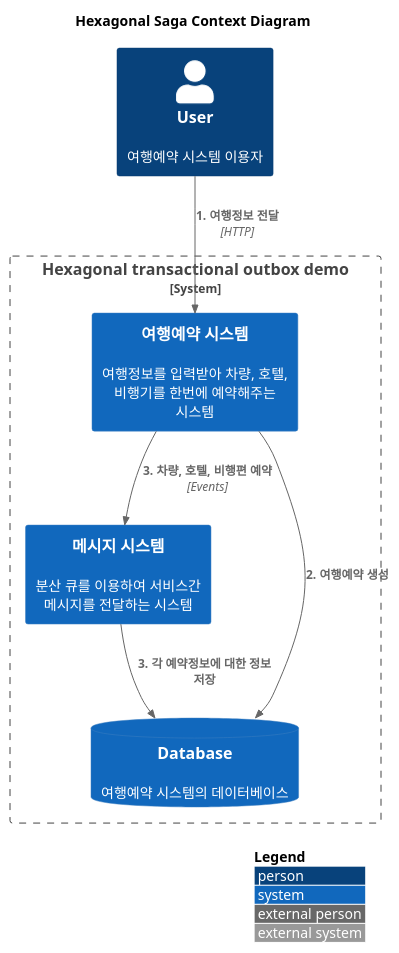
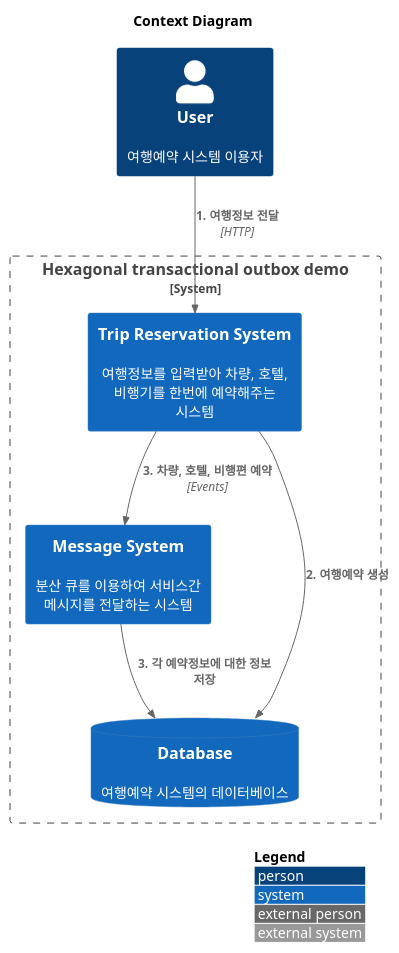
The diagram in docs/c4/context.puml (haandol/hexagonal-saga-architecture), drawn with PlantUML before and after one commit.

Commit message:
update diagram name

```diff
--- a/docs/c4/context.puml
+++ b/docs/c4/context.puml
@@ -1,22 +1,22 @@
-@startuml saga-context
+@startuml context
 
 !include <c4/C4_Context.puml>  
 
 LAYOUT_WITH_LEGEND()
 
-title Hexagonal Saga Context Diagram
+title Context Diagram
 
 Person(client, "User", "여행예약 시스템 이용자")
 
 System_Boundary(b0, "Hexagonal transactional outbox demo") {
-  System(saga, "여행예약 시스템", "여행정보를 입력받아 차량, 호텔, 비행기를 한번에 예약해주는 시스템")
-  System(relay, "메시지 시스템", "분산 큐를 이용하여 서비스간 메시지를 전달하는 시스템")
+  System(saga, "Trip Reservation System", "여행정보를 입력받아 차량, 호텔, 비행기를 한번에 예약해주는 시스템")
+  System(relay, "Message System", "분산 큐를 이용하여 서비스간 메시지를 전달하는 시스템")
   SystemDb(db, "Database", "여행예약 시스템의 데이터베이스")
 }
 
 Rel(client, saga, "1. 여행정보 전달", "HTTP")
 Rel(saga, db, "2. 여행예약 생성")
 Rel(saga, relay, "3. 차량, 호텔, 비행편 예약", "Events")
 Rel(relay, db, "3. 각 예약정보에 대한 정보 저장")
 
 @enduml
```
